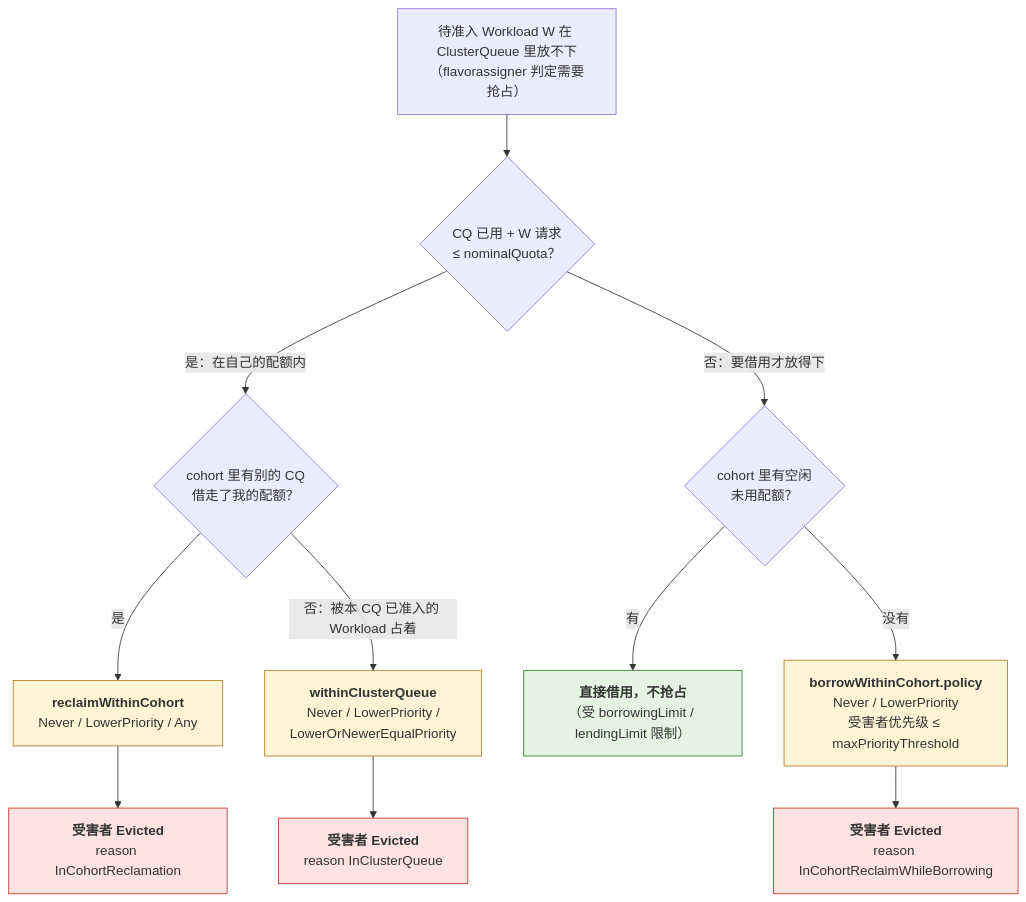
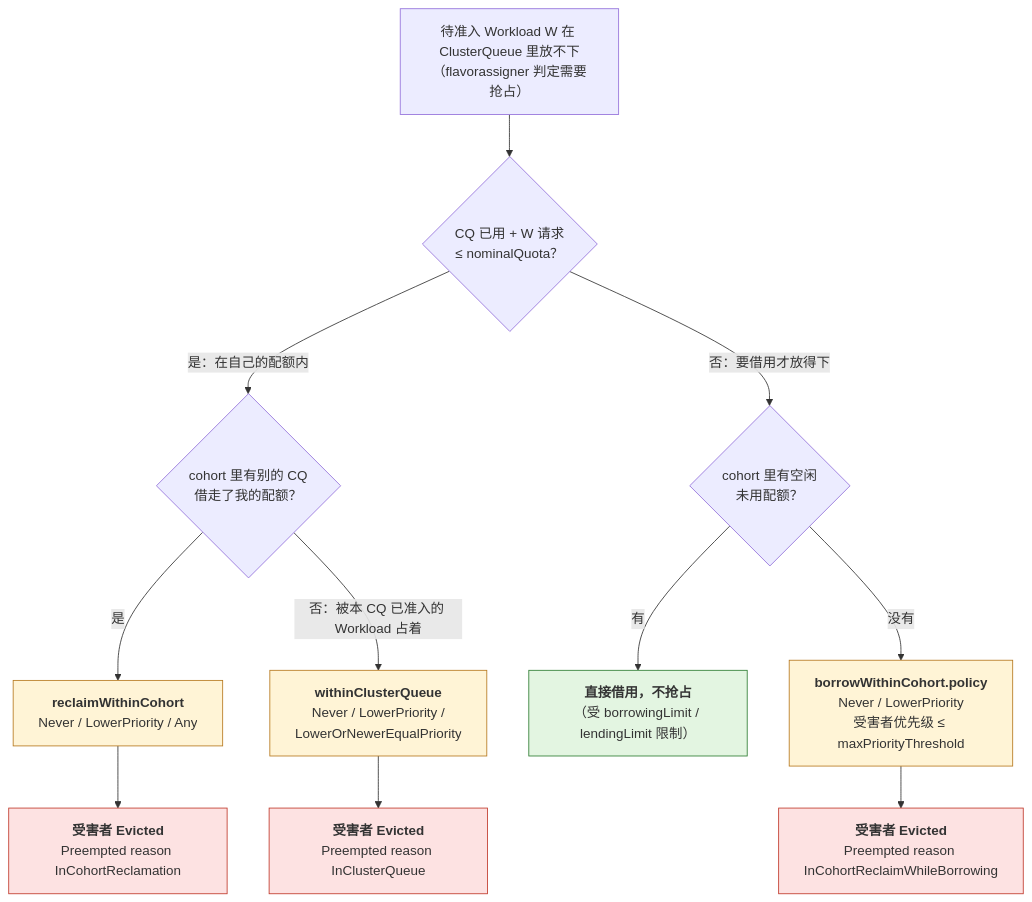
The fourth of 4 diagrams in _posts/2026-09-17-ai-job-scheduling-gang-queue-topology.md (arganzheng/arganzheng.github.com), drawn with Mermaid before and after one commit. The commit also changed other lines of this file, not shown here.

````diff
--- a/_posts/2026-09-17-ai-job-scheduling-gang-queue-topology.md
+++ b/_posts/2026-09-17-ai-job-scheduling-gang-queue-topology.md
@@ -370,20 +370,20 @@
 ```mermaid
 %% 图：Kueue 抢占策略的决策树：先看是否在 nominalQuota 内，再看放不下是被借走还是自己占满，借用要看 cohort 有没有空闲
 flowchart TB
     Start["待准入 Workload W 在 ClusterQueue 里放不下<br/>（flavorassigner 判定需要抢占）"] --> Q1{"CQ 已用 + W 请求<br/>≤ nominalQuota？"}
     Q1 -->|"是：在自己的配额内"| Q2{"cohort 里有别的 CQ<br/>借走了我的配额？"}
     Q2 -->|"是"| R["<b>reclaimWithinCohort</b><br/>Never / LowerPriority / Any"]
     Q2 -->|"否：被本 CQ 已准入的 Workload 占着"| Wq["<b>withinClusterQueue</b><br/>Never / LowerPriority /<br/>LowerOrNewerEqualPriority"]
     Q1 -->|"否：要借用才放得下"| Q3{"cohort 里有空闲<br/>未用配额？"}
     Q3 -->|"有"| Borrow["<b>直接借用，不抢占</b><br/>（受 borrowingLimit / lendingLimit 限制）"]
     Q3 -->|"没有"| B["<b>borrowWithinCohort.policy</b><br/>Never / LowerPriority<br/>受害者优先级 ≤ maxPriorityThreshold"]
-    R --> Ev1["<b>受害者 Evicted</b><br/>reason InCohortReclamation"]
-    Wq --> Ev2["<b>受害者 Evicted</b><br/>reason InClusterQueue"]
-    B --> Ev3["<b>受害者 Evicted</b><br/>reason InCohortReclaimWhileBorrowing"]
+    R --> Ev1["<b>受害者 Evicted</b><br/>Preempted reason InCohortReclamation"]
+    Wq --> Ev2["<b>受害者 Evicted</b><br/>Preempted reason InClusterQueue"]
+    B --> Ev3["<b>受害者 Evicted</b><br/>Preempted reason InCohortReclaimWhileBorrowing"]
     classDef sw fill:#fff4d6,stroke:#b7791f;
     classDef ev fill:#fde2e2,stroke:#c0392b;
     classDef okc fill:#e3f5e1,stroke:#2e7d32;
     class R,Wq,B sw;
     class Ev1,Ev2,Ev3 ev;
     class Borrow okc;
 ```
````
